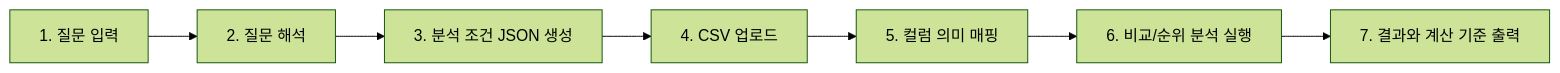
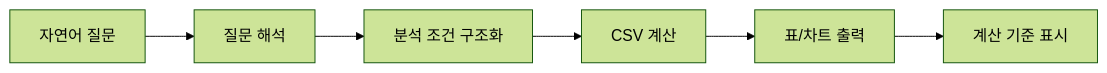
The second of 5 diagrams in docs/elevator_speech.md (26-ewha-capstone-logue/logue), drawn with Mermaid (forest theme) before and after one commit. The commit also changed other lines of this file, not shown here.

````diff
--- a/docs/elevator_speech.md
+++ b/docs/elevator_speech.md
@@ -107,9 +88,8 @@
 ```mermaid
 flowchart LR
-    A[1. 질문 입력] --> B[2. 질문 해석]
-    B --> C[3. 분석 조건 JSON 생성]
-    C --> D[4. CSV 업로드]
-    D --> E[5. 컬럼 의미 매핑]
-    E --> F[6. 비교/순위 분석 실행]
-    F --> G[7. 결과와 계산 기준 출력]
+    A[자연어 질문] --> B[질문 해석]
+    B --> C[분석 조건 구조화]
+    C --> D[CSV 계산]
+    D --> E[표/차트 출력]
+    E --> F[계산 기준 표시]
 ```
````
